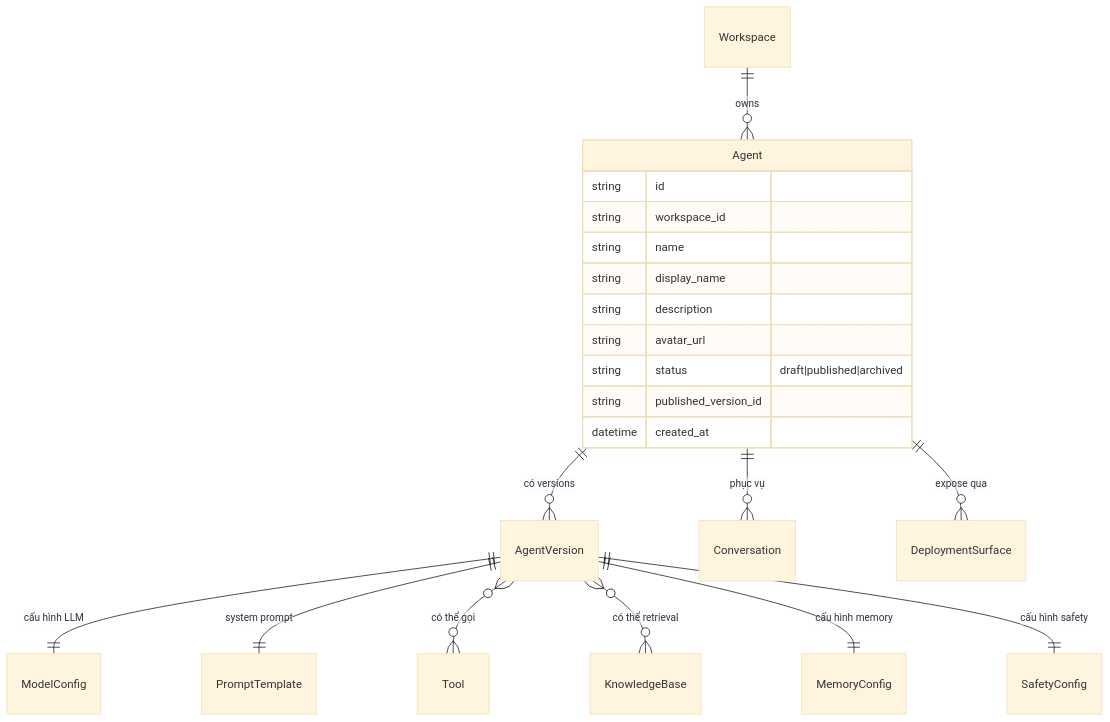
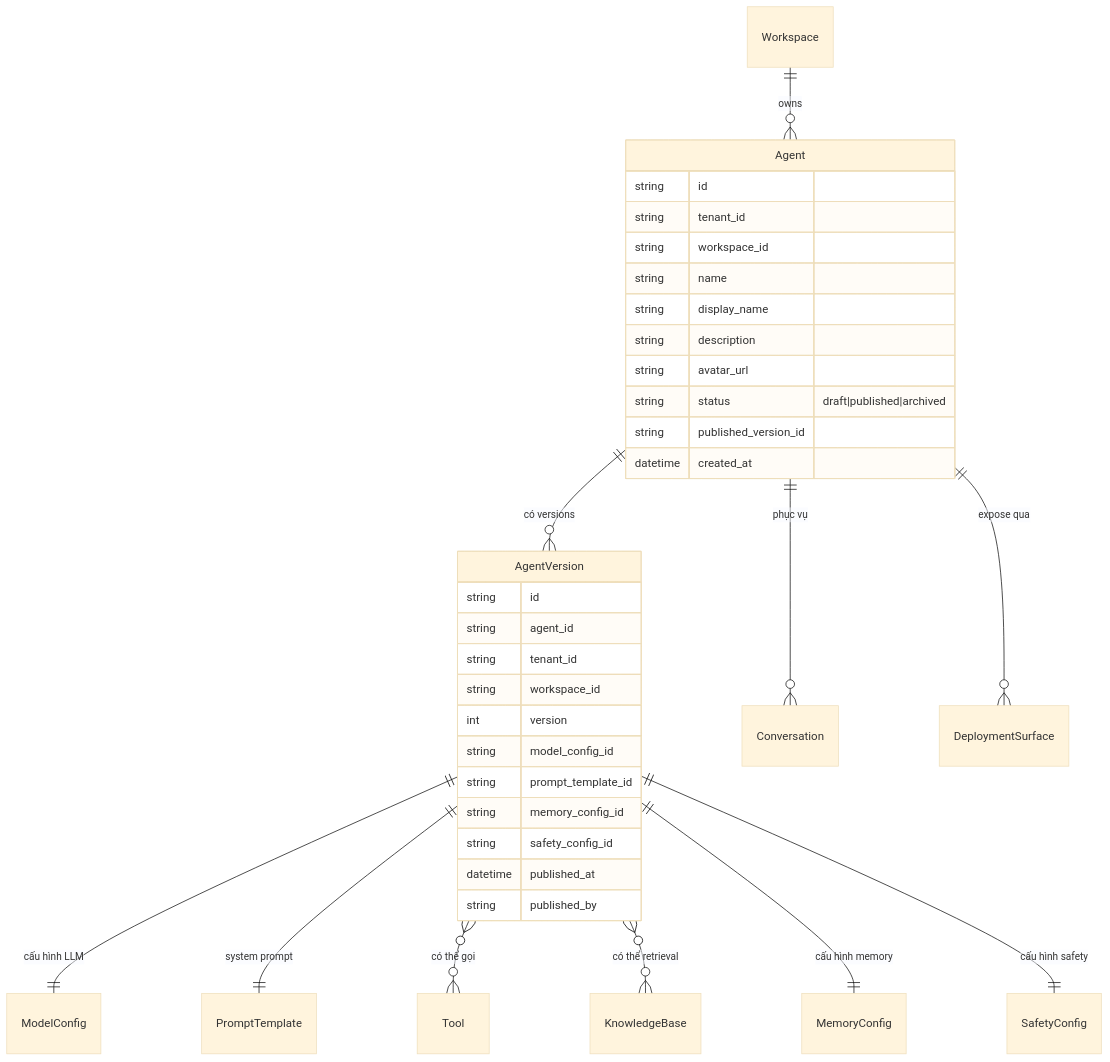
One commit to cmc-phongnd/agent-platform-docs changed the first of 2 diagrams in docs/02-domain/03-agent.md. Above: the diagram before and after it, drawn with Mermaid (base theme). The commit also changed other lines of this file and 14 other files, not shown here.

First line of the commit message:
Rewrite docs module 02 (domain) intros + module 03 (architecture) full content

````diff
--- a/docs/02-domain/03-agent.md
+++ b/docs/02-domain/03-agent.md
@@ -51,25 +74,39 @@
 ```mermaid
 erDiagram
     Workspace ||--o{ Agent : owns
     Agent ||--o{ AgentVersion : "có versions"
     AgentVersion ||--|| ModelConfig : "cấu hình LLM"
     AgentVersion ||--|| PromptTemplate : "system prompt"
     AgentVersion }o--o{ Tool : "có thể gọi"
     AgentVersion }o--o{ KnowledgeBase : "có thể retrieval"
     AgentVersion ||--|| MemoryConfig : "cấu hình memory"
     AgentVersion ||--|| SafetyConfig : "cấu hình safety"
     Agent ||--o{ Conversation : "phục vụ"
     Agent ||--o{ DeploymentSurface : "expose qua"
 
     Agent {
         string id
+        string tenant_id
         string workspace_id
         string name
         string display_name
         string description
         string avatar_url
         string status "draft|published|archived"
         string published_version_id
         datetime created_at
     }
+    AgentVersion {
+        string id
+        string agent_id
+        string tenant_id
+        string workspace_id
+        int version
+        string model_config_id
+        string prompt_template_id
+        string memory_config_id
+        string safety_config_id
+        datetime published_at
+        string published_by
+    }
 ```
````
